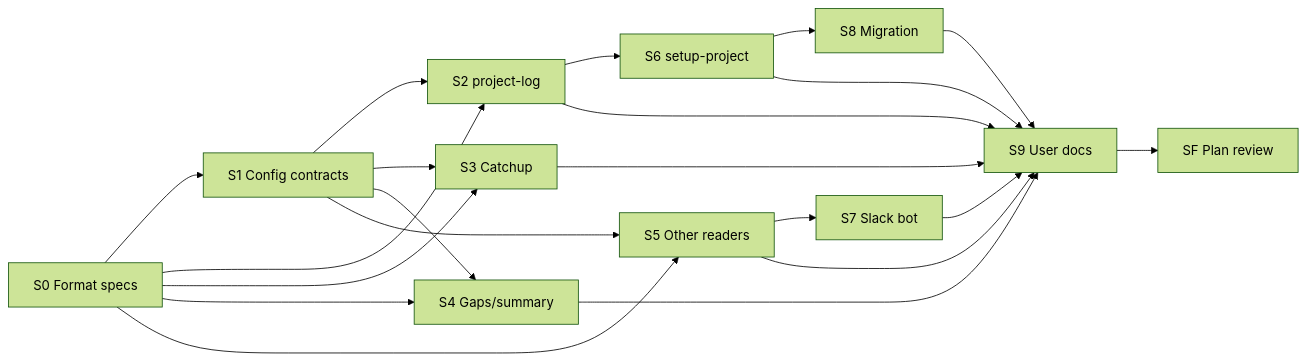
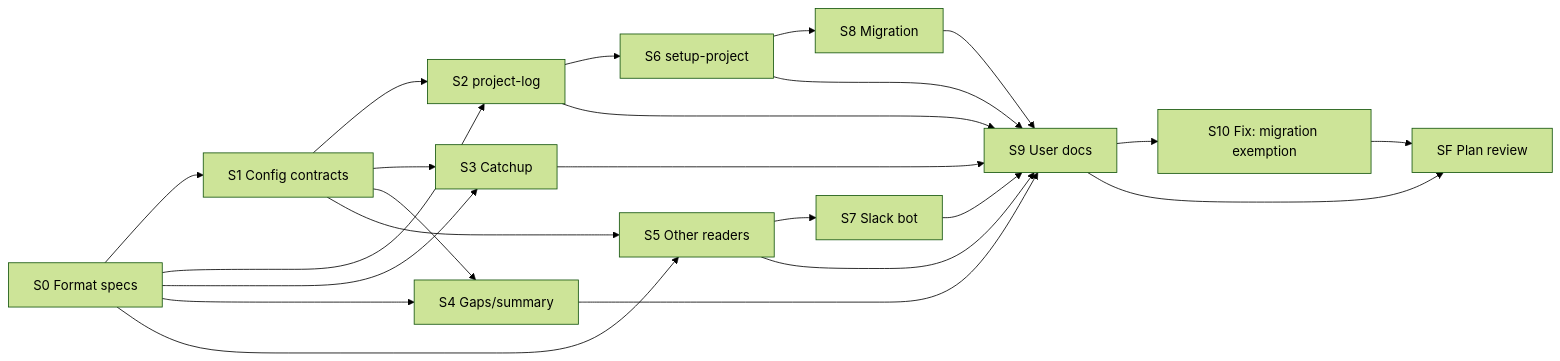
One commit to by-carlos/daikenja changed the second of 2 diagrams in .plan/BRIEF.md. Above: the diagram before and after it, drawn with Mermaid (forest theme). The commit also changed other lines of this file and 3 other files, not shown here.

First line of the commit message:
SF: Plan review, pass 1 (#292) (#321)

````diff
--- a/.plan/BRIEF.md
+++ b/.plan/BRIEF.md
@@ -103,9 +103,10 @@
 ```mermaid
 flowchart LR
   S0[S0 Format specs] --> S1[S1 Config contracts]
   S0 --> S2[S2 project-log] & S3[S3 Catchup] & S4[S4 Gaps/summary] & S5[S5 Other readers]
   S1 --> S2 & S3 & S4 & S5
   S2 --> S6[S6 setup-project] --> S8[S8 Migration]
   S5 --> S7[S7 Slack bot]
-  S2 & S3 & S4 & S5 & S6 & S7 & S8 --> S9[S9 User docs] --> SF[SF Plan review]
+  S2 & S3 & S4 & S5 & S6 & S7 & S8 --> S9[S9 User docs] --> S10[S10 Fix: migration exemption] --> SF[SF Plan review]
+  S9 --> SF
 ```
````
